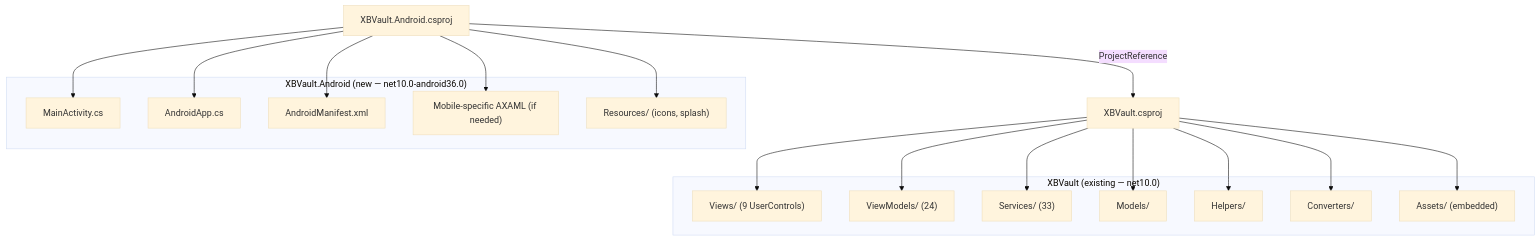
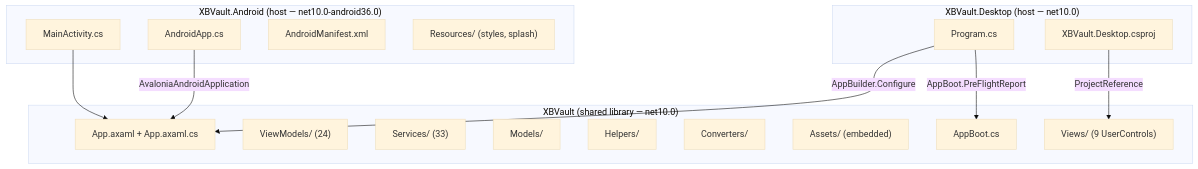
Before and after one commit to marcelofrau/xb-homebrew-vault: the first of 4 diagrams in docs/android/01-architecture.md, drawn with Mermaid (base theme). The commit also changed other lines of this file and 2 other files, not shown here.

First line of the commit message:
docs(android): update architecture and build docs to match 3-project structure

````diff
--- a/docs/android/01-architecture.md
+++ b/docs/android/01-architecture.md
@@ -26,38 +36,33 @@
 ```mermaid
 graph TD
-    subgraph "XBVault (existing — net10.0)"
+    subgraph "XBVault (shared library — net10.0)"
         Views["Views/ (9 UserControls)"]
         ViewModels["ViewModels/ (24)"]
         Services["Services/ (33)"]
         Models["Models/"]
         Helpers["Helpers/"]
         Converters["Converters/"]
         Assets["Assets/ (embedded)"]
+        App["App.axaml + App.axaml.cs"]
+        AppBoot["AppBoot.cs"]
     end
 
-    subgraph "XBVault.Android (new — net10.0-android36.0)"
+    subgraph "XBVault.Desktop (host — net10.0)"
+        Program["Program.cs"]
+        DesktopCsproj["XBVault.Desktop.csproj"]
+    end
+
+    subgraph "XBVault.Android (host — net10.0-android36.0)"
         MainActivity["MainActivity.cs"]
         AndroidApp["AndroidApp.cs"]
         AndroidManifest["AndroidManifest.xml"]
-        MobileViews["Mobile-specific AXAML (if needed)"]
-        Resources["Resources/ (icons, splash)"]
+        Resources["Resources/ (styles, splash)"]
     end
 
-    AndroidProject["XBVault.Android.csproj"]
-    DesktopProject["XBVault.csproj"]
+    DesktopCsproj -->|"ProjectReference"| Views
+    Program -->|"AppBoot.PreFlightReport"| AppBoot
+    Program -->|"AppBuilder.Configure<App>"| App
 
-    AndroidProject -->|"ProjectReference"| DesktopProject
-    AndroidProject --> MainActivity
-    AndroidProject --> AndroidApp
-    AndroidProject --> AndroidManifest
-    AndroidProject --> MobileViews
-    AndroidProject --> Resources
-
-    DesktopProject --> Views
-    DesktopProject --> ViewModels
-    DesktopProject --> Services
-    DesktopProject --> Models
-    DesktopProject --> Helpers
-    DesktopProject --> Converters
-    DesktopProject --> Assets
+    MainActivity --> App
+    AndroidApp -->|"AvaloniaAndroidApplication<App>"| App
 ```
````
